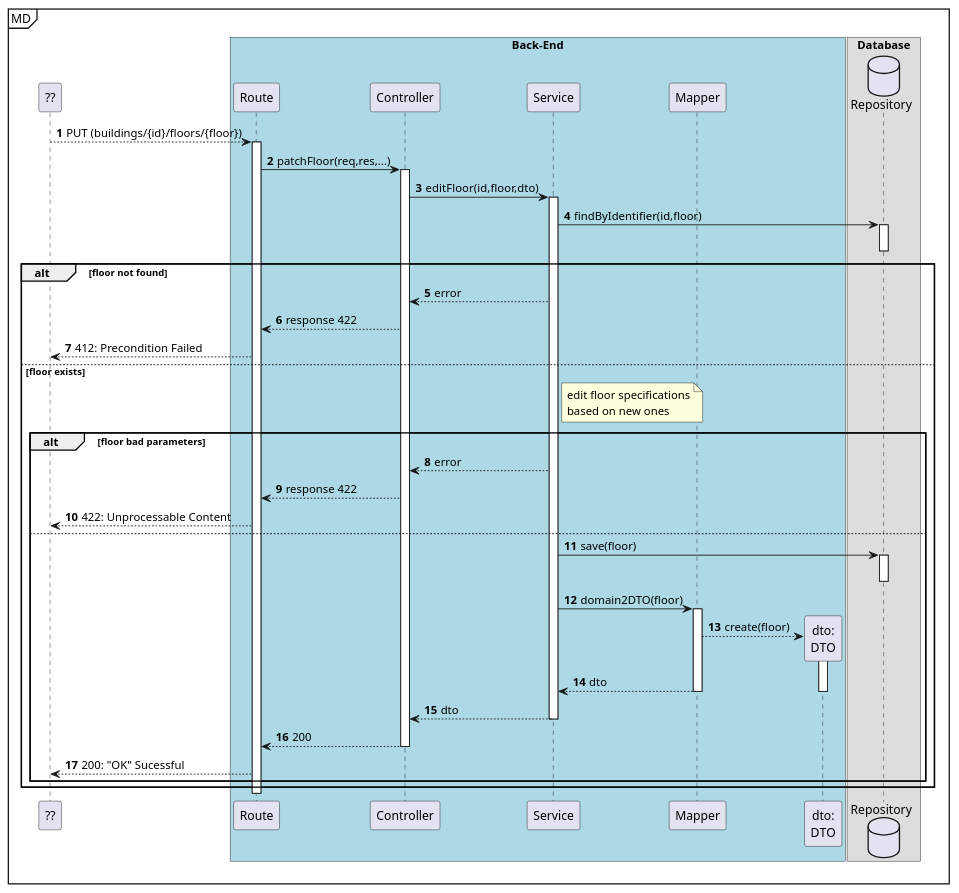
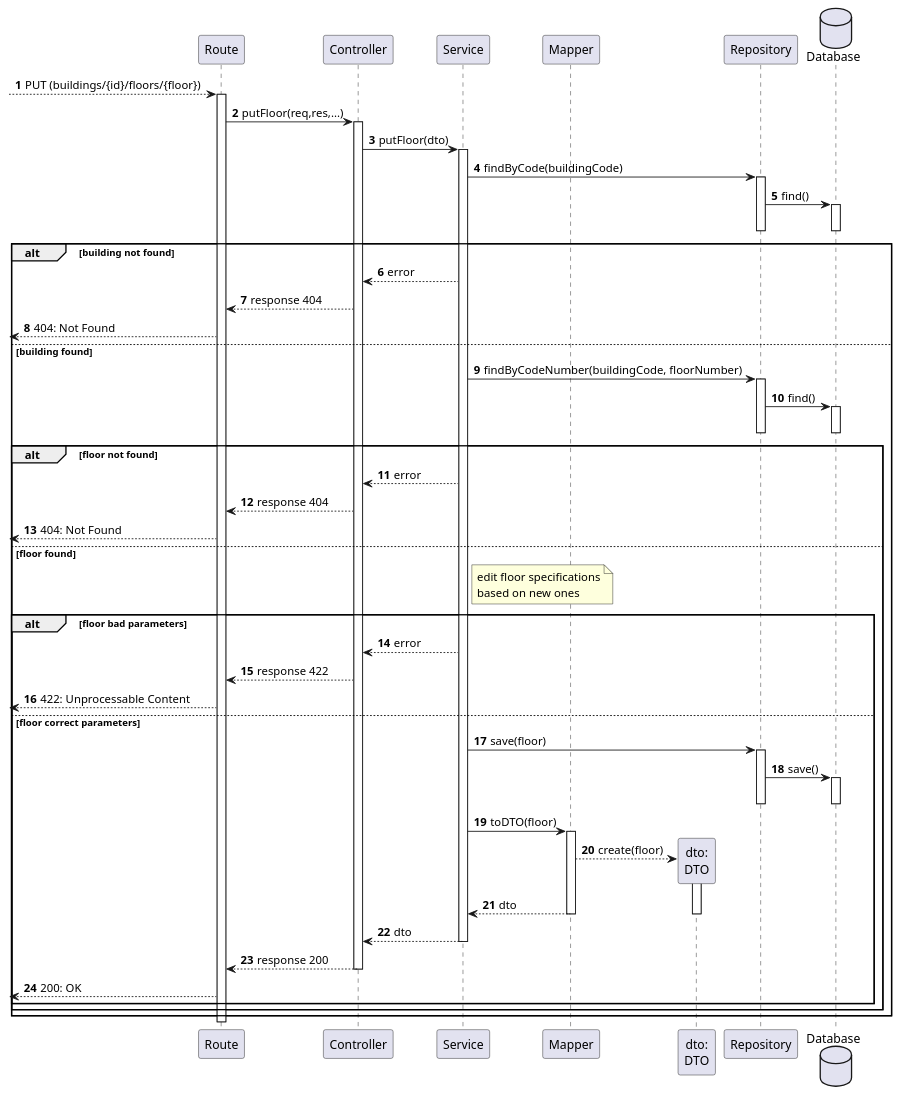
Before and after one commit to Departamento-de-Engenharia-Informatica/lapr5-23-24-g19: the diagram in docs/us200/level3/process-view-put.puml, drawn with PlantUML. The commit also changed 5 other files, not shown here.

Commit message:
docs(us200): updated level2 process view and class diagram

```diff
--- a/docs/us200/level3/process-view-put.puml
+++ b/docs/us200/level3/process-view-put.puml
@@ -1,77 +1,80 @@
 @startuml
 autonumber
 
-participant "??" as ui
 
-mainframe MD
-box "Back-End" #LightBlue
 participant "Route" as r
 participant "Controller" as ctrl
 participant "Service" as svc
 
 
 participant "Mapper" as map
 participant "dto:\nDTO" as dto
-end box
 
-box "Database"
-database "Repository" as repo
-'participant "floor:\nFloor" as e
-end box
+participant "Repository" as repo
+database "Database" as db
 
-ui --> r: PUT (buildings/{id}/floors/{floor})
-    activate r
-            r -> ctrl : patchFloor(req,res,...)
-                activate ctrl
-                    ctrl -> svc : editFloor(id,floor,dto)
-                    activate svc
-                        svc -> repo : findByIdentifier(id,floor)
-                        activate repo
-                            'repo --> e **: create()
-                        deactivate repo
+[--> r: PUT (buildings/{id}/floors/{floor})
+activate r
+    r -> ctrl : putFloor(req,res,...)
+        activate ctrl
+            ctrl -> svc : putFloor(dto)
+            activate svc
+                svc -> repo : findByCode(buildingCode)
+                activate repo
+                    repo -> db : find()
+                    activate db
+                    deactivate db
+                deactivate repo
 
-                        alt floor not found
-                            svc --> ctrl : error
-                            ctrl --> r : response 422
-                            ui <--r : 412: Precondition Failed
-                        else floor exists
+                alt building not found
+                    svc --> ctrl : error
+                    ctrl --> r : response 404
+                    [<--r : 404: Not Found
+                else building found
+                    svc -> repo : findByCodeNumber(buildingCode, floorNumber)
+                    activate repo
+                        repo -> db : find()
+                        activate db
+                        deactivate db
+                    deactivate repo
 
-                            note right of svc
-                                edit floor specifications
-                                based on new ones
-                            end note
-
+                    alt floor not found
+                        svc --> ctrl : error
+                        ctrl --> r : response 404
+                        [<--r : 404: Not Found
+                    else floor found
+                        note right of svc
+                            edit floor specifications
+                            based on new ones
+                        end note
 
                         alt floor bad parameters
                             svc --> ctrl : error
                             ctrl --> r : response 422
-                            ui <--r : 422: Unprocessable Content
-                        else
-                           svc -> repo : save(floor)
-                           activate repo
-                           deactivate repo
+                            [<--r : 422: Unprocessable Content
+                        else floor correct parameters
+                            svc -> repo : save(floor)
+                            activate repo
+                                repo -> db : save()
+                                activate db
+                                deactivate db
+                            deactivate repo
 
-                        svc -> map : domain2DTO(floor)
-                        activate map
-                            map --> dto **: create(floor)
-                            activate dto
-
-                            map --> svc : dto
-                            deactivate dto
-                        deactivate map
-
-                        svc --> ctrl : dto
-                    deactivate svc
-
-                    ctrl --> r : 200
+                            svc -> map : toDTO(floor)
+                            activate map
+                                map --> dto **: create(floor)
+                                activate dto
+                                    map --> svc : dto
+                                deactivate dto
+                            deactivate map
+                            svc --> ctrl : dto
+                        deactivate svc
+                    ctrl --> r : response 200
                 deactivate ctrl
-
-
-
-
-        ui <--r: 200: "OK" Sucessful
+                [<--r: 200: OK
+            end
         end
-     end
-    deactivate r
+    end
+deactivate r
 
 @enduml
```
